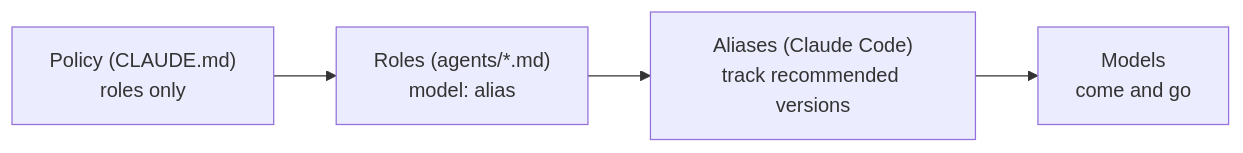
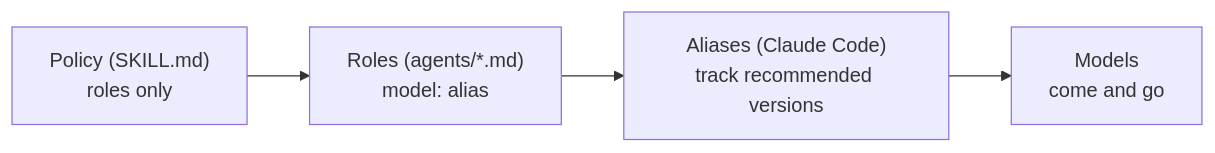
The diagram in docs/design.md (Nanako0129/pilotfish), drawn with Mermaid before and after one commit. The commit also changed other lines of this file and 28 other files, not shown here.

First line of the commit message:
feat!: repackage as a Claude Code plugin and enforce the rules with a hook

````diff
--- a/docs/design.md
+++ b/docs/design.md
@@ -25,4 +29,4 @@
 ```mermaid
 flowchart LR
-    P["Policy (CLAUDE.md)<br>roles only"] --> R["Roles (agents/*.md)<br>model: alias"] --> A["Aliases (Claude Code)<br>track recommended versions"] --> M["Models<br>come and go"]
+    P["Policy (SKILL.md)<br>roles only"] --> R["Roles (agents/*.md)<br>model: alias"] --> A["Aliases (Claude Code)<br>track recommended versions"] --> M["Models<br>come and go"]
 ```
````
